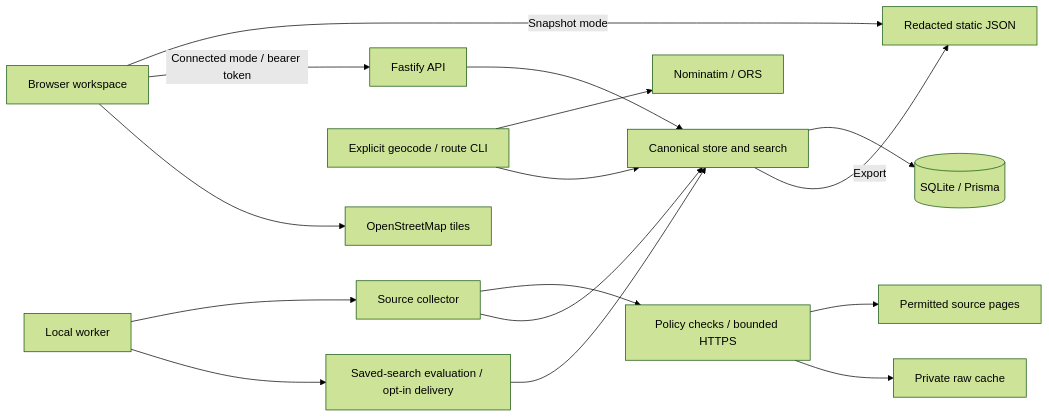
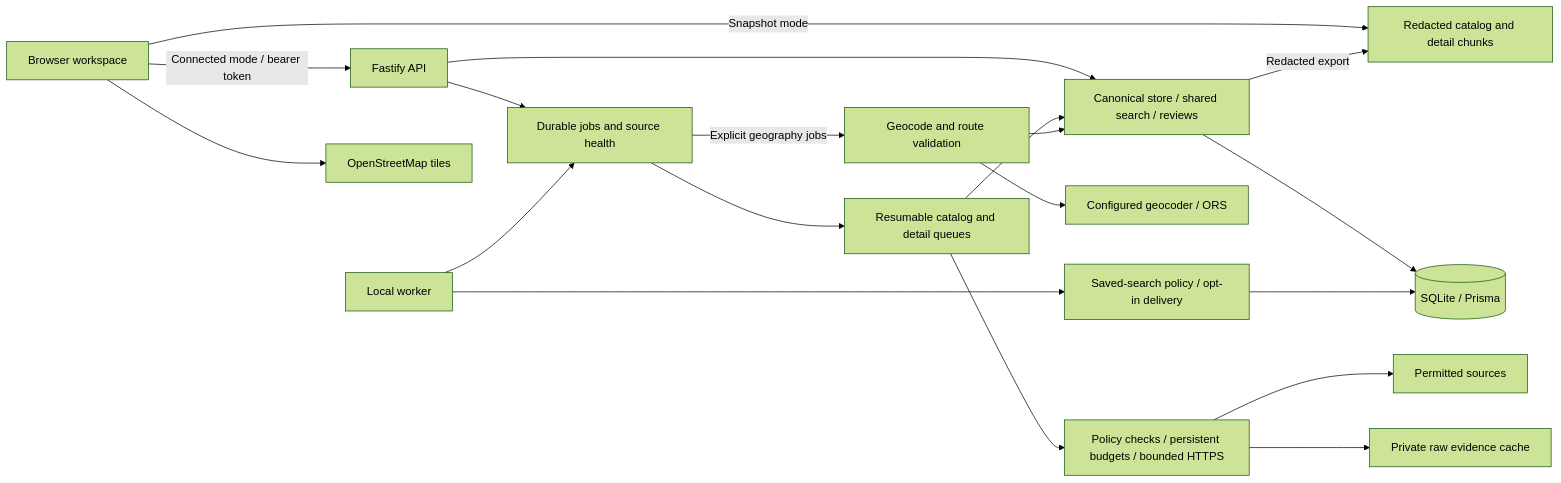
One commit to PNelsonFTP/ClassicCars changed the diagram in docs/ARCHITECTURE.md. Above: the diagram before and after it, drawn with Mermaid (forest theme). The commit also changed other lines of this file and 190 other files, not shown here.

````diff
--- a/docs/ARCHITECTURE.md
+++ b/docs/ARCHITECTURE.md
@@ -7,18 +7,21 @@
 ```mermaid
 flowchart LR
-  Browser[Browser workspace] -->|Snapshot mode| Public[Redacted static JSON]
+  Browser[Browser workspace] -->|Snapshot mode| Public[Redacted catalog and detail chunks]
   Browser -->|Connected mode / bearer token| API[Fastify API]
-  API --> Store[Canonical store and search]
-  Worker[Local worker] --> Collector[Source collector]
-  Collector --> Fetch[Policy checks / bounded HTTPS]
-  Fetch --> Sources[Permitted source pages]
-  Fetch --> Cache[Private raw cache]
+  API --> Store[Canonical store / shared search / reviews]
+  API --> Jobs[Durable jobs and source health]
+  Worker[Local worker] --> Jobs
+  Jobs --> Collector[Resumable catalog and detail queues]
+  Collector --> Fetch[Policy checks / persistent budgets / bounded HTTPS]
+  Fetch --> Sources[Permitted sources]
+  Fetch --> Cache[Private raw evidence cache]
   Collector --> Store
+  Jobs -->|Explicit geography jobs| Geo[Geocode and route validation]
+  Geo --> Providers[Configured geocoder / ORS]
+  Geo --> Store
   Store --> DB[(SQLite / Prisma)]
-  Store -->|Export| Public
-  Geo[Explicit geocode / route CLI] --> Providers[Nominatim / ORS]
-  Geo --> Store
-  Worker --> Alerts[Saved-search evaluation / opt-in delivery]
-  Alerts --> Store
+  Store -->|Redacted export| Public
+  Worker --> Alerts[Saved-search policy / opt-in delivery]
+  Alerts --> DB
   Browser --> Tiles[OpenStreetMap tiles]
 ```
````
